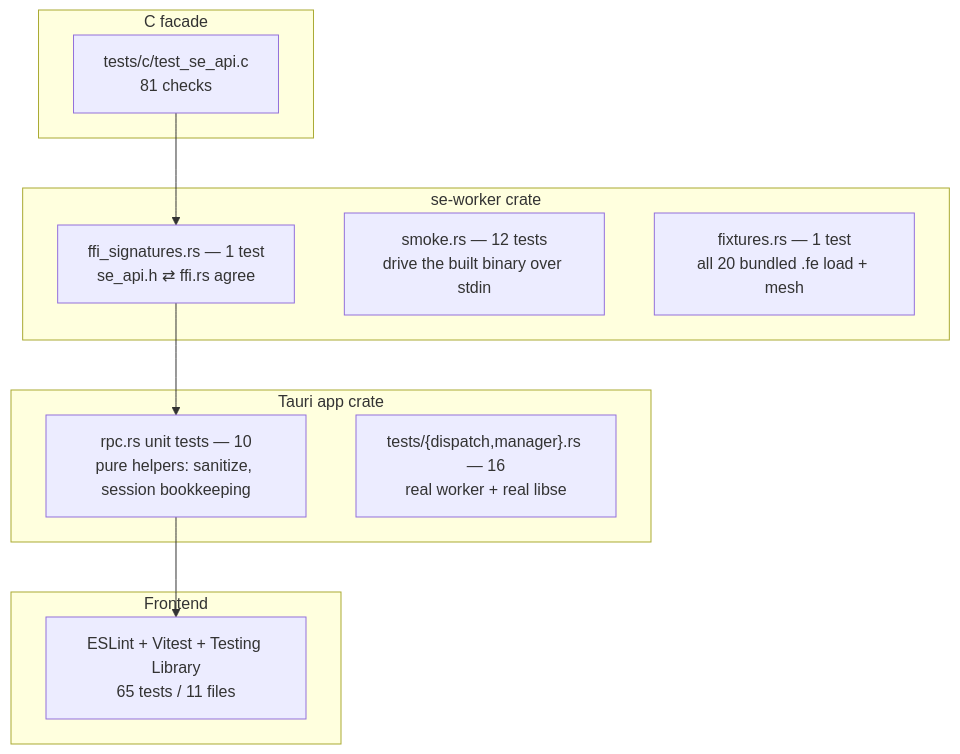
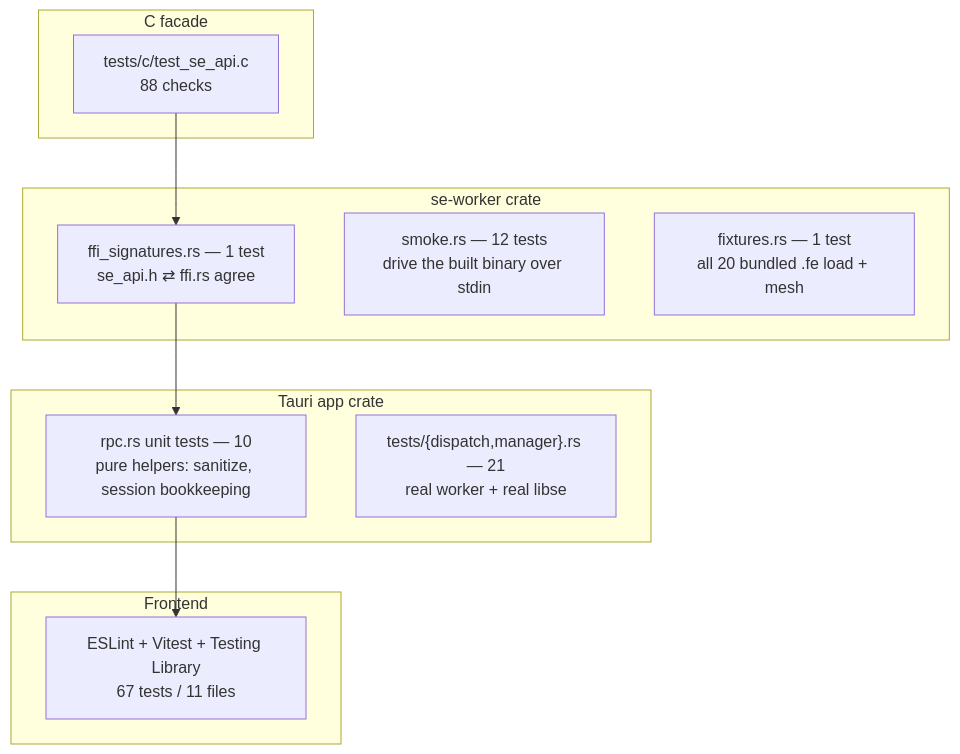
One commit to sersergious/surface-evolver changed the fifth of 6 diagrams in ARCHITECTURE.md. Above: the diagram before and after it, drawn with Mermaid. The commit also changed other lines of this file and 18 other files, not shown here.

````diff
--- a/ARCHITECTURE.md
+++ b/ARCHITECTURE.md
@@ -267,19 +269,19 @@
 ```mermaid
 flowchart TB
     subgraph C["C facade"]
-        CT["tests/c/test_se_api.c<br/>81 checks"]
+        CT["tests/c/test_se_api.c<br/>88 checks"]
     end
     subgraph Worker["se-worker crate"]
         WF["ffi_signatures.rs — 1 test<br/>se_api.h ⇄ ffi.rs agree"]
         WS["smoke.rs — 12 tests<br/>drive the built binary over stdin"]
         WX["fixtures.rs — 1 test<br/>all 20 bundled .fe load + mesh"]
     end
     subgraph App["Tauri app crate"]
         AU["rpc.rs unit tests — 10<br/>pure helpers: sanitize, session bookkeeping"]
-        AI["tests/{dispatch,manager}.rs — 16<br/>real worker + real libse"]
+        AI["tests/{dispatch,manager}.rs — 21<br/>real worker + real libse"]
     end
     subgraph FE["Frontend"]
-        FT["ESLint + Vitest + Testing Library<br/>65 tests / 11 files"]
+        FT["ESLint + Vitest + Testing Library<br/>67 tests / 11 files"]
     end
     CT --> WF --> AU --> FT
 ```
````
